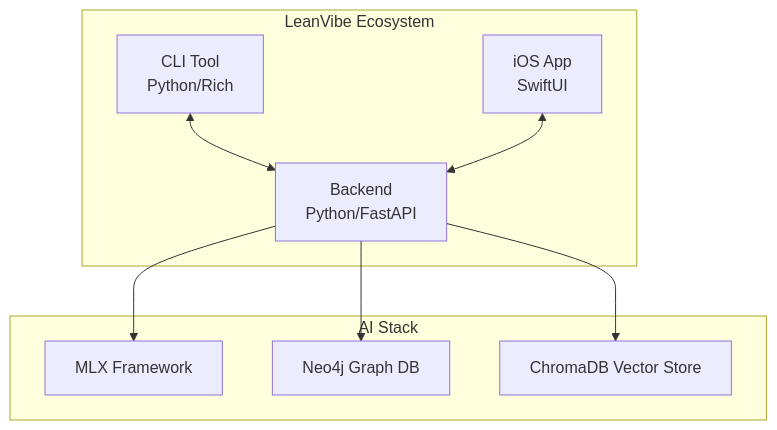
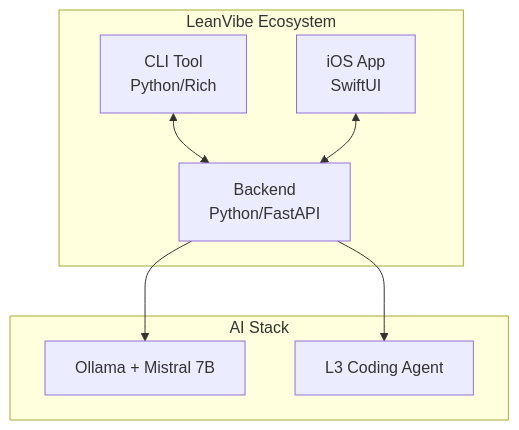
The diagram in README.md (LeanVibe/leanvibe-ai), drawn with Mermaid before and after one commit. The commit also changed other lines of this file and 4 other files, not shown here.

````diff
--- a/README.md
+++ b/README.md
@@ -26,20 +28,18 @@
 ```mermaid
 graph TB
     subgraph "LeanVibe Ecosystem"
         B[Backend<br/>Python/FastAPI]
         C[CLI Tool<br/>Python/Rich]
         I[iOS App<br/>SwiftUI]
     end
     
     subgraph "AI Stack"
-        MLX[MLX Framework]
-        N4J[Neo4j Graph DB]
-        CHR[ChromaDB Vector Store]
+        OLL[Ollama + Mistral 7B]
+        L3[L3 Coding Agent]
     end
     
-    B --> MLX
-    B --> N4J
-    B --> CHR
+    B --> OLL
+    B --> L3
     C <--> B
     I <--> B
 ```
````
